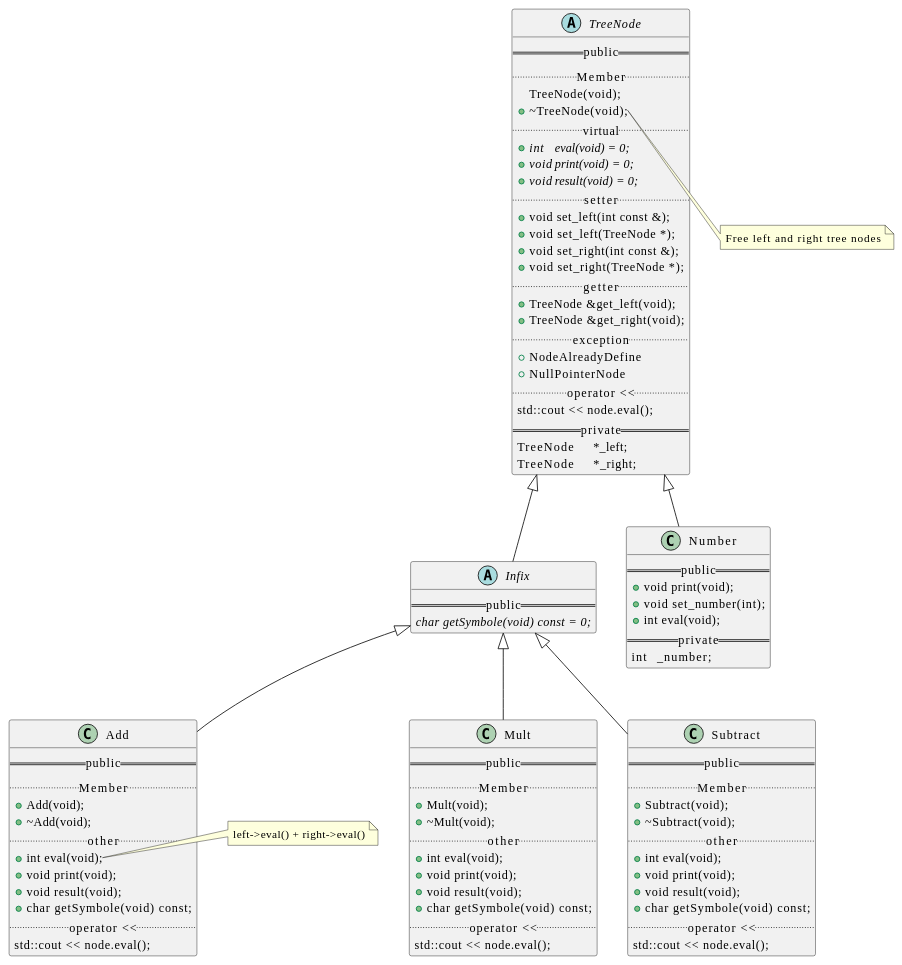
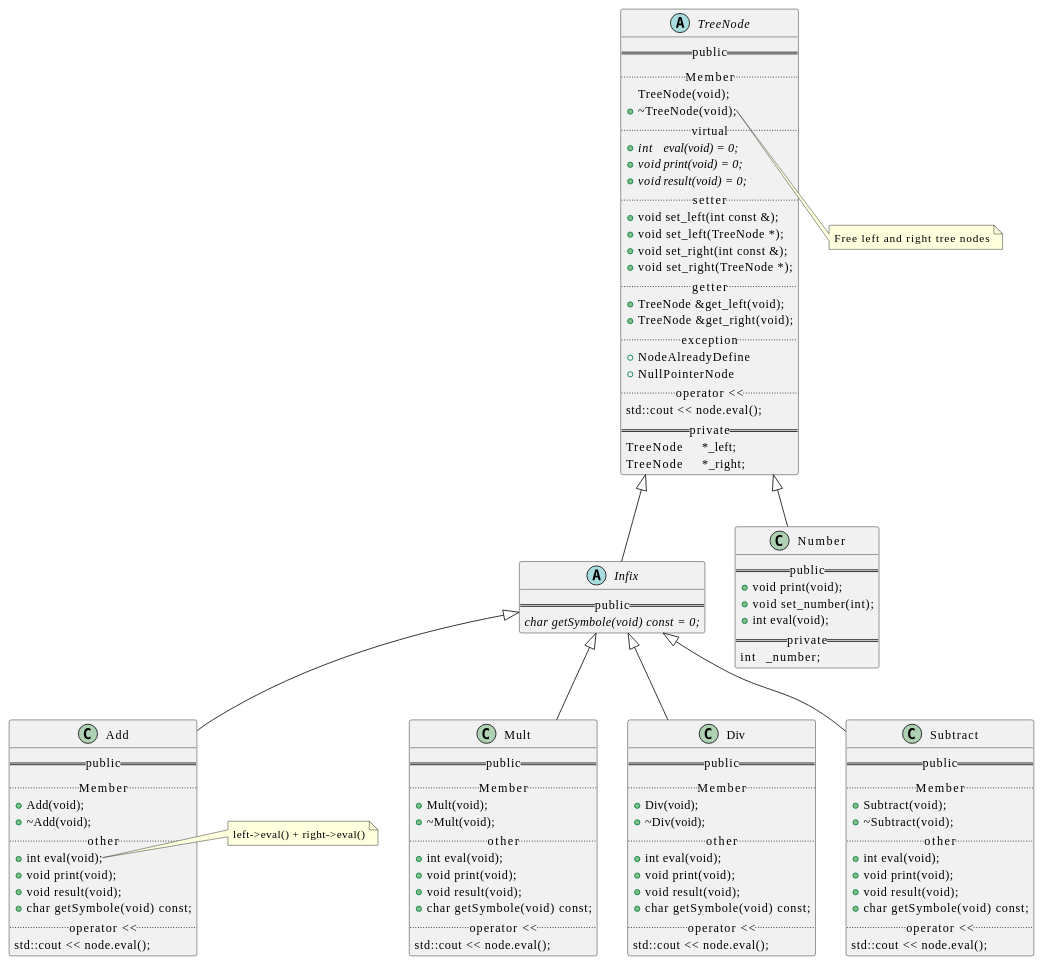
Diagram 12 of 13 in assets/README.adoc (t-h2o/parsmath), drawn with PlantUML before and after one commit. The commit also changed 1 other file, not shown here.

Commit message:
doc: add div as class

```diff
--- a/assets/README.adoc
+++ b/assets/README.adoc
@@ -235,6 +235,20 @@
   std::cout << node.eval();
 }
 
+class Div {
+  == public ==
+  .. Member ..
+  +Div(void);
+  +~Div(void);
+  .. other ..
+  +int eval(void);
+  +void print(void);
+  +void result(void);
+  +char getSymbole(void) const;
+  .. operator << ..
+  std::cout << node.eval();
+}
+
 class Subtract {
   == public ==
   .. Member ..
@@ -263,6 +277,7 @@
 Infix <|-- Add
 Infix <|-- Subtract
 Infix <|-- Mult
+Infix <|-- Div
 
 @enduml
 ....
```
